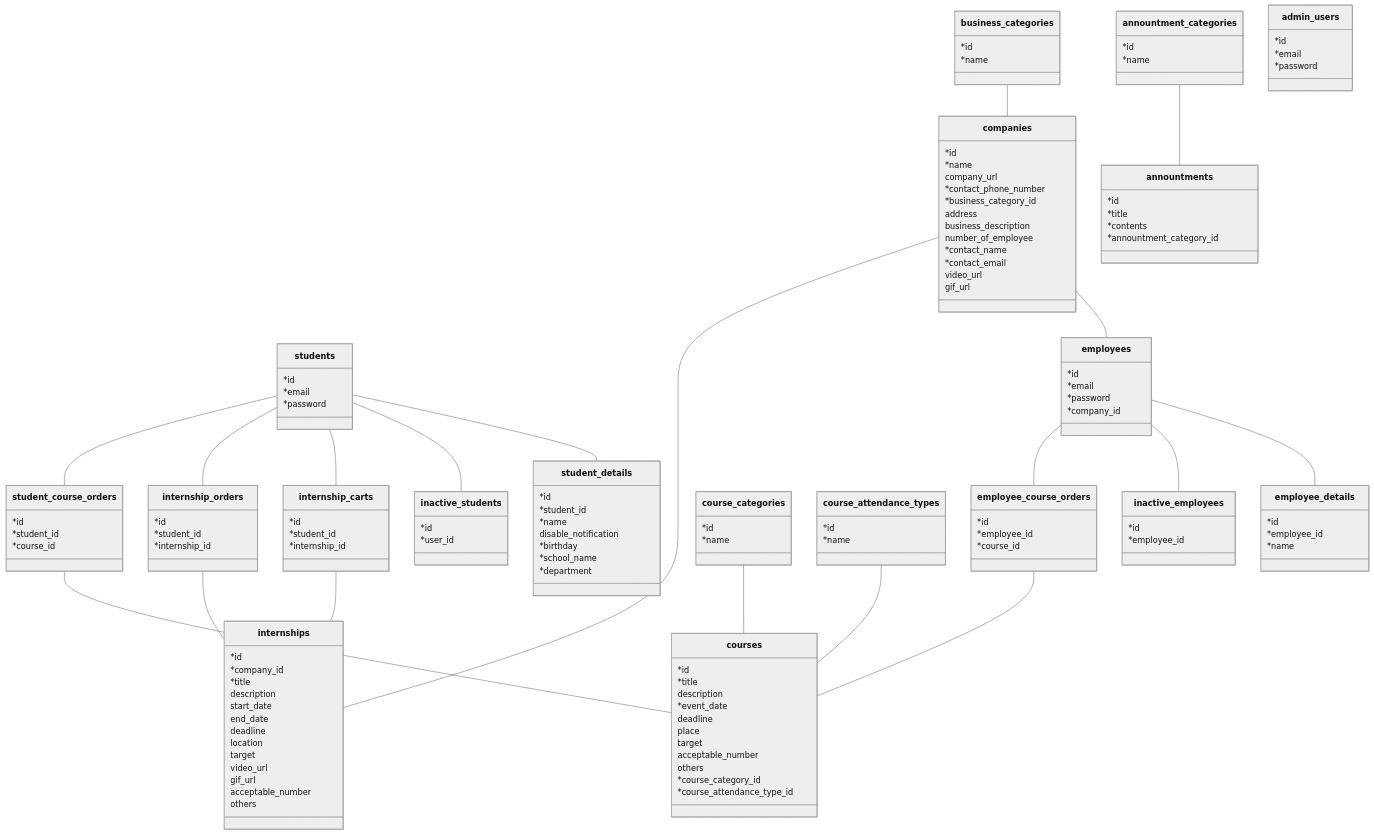
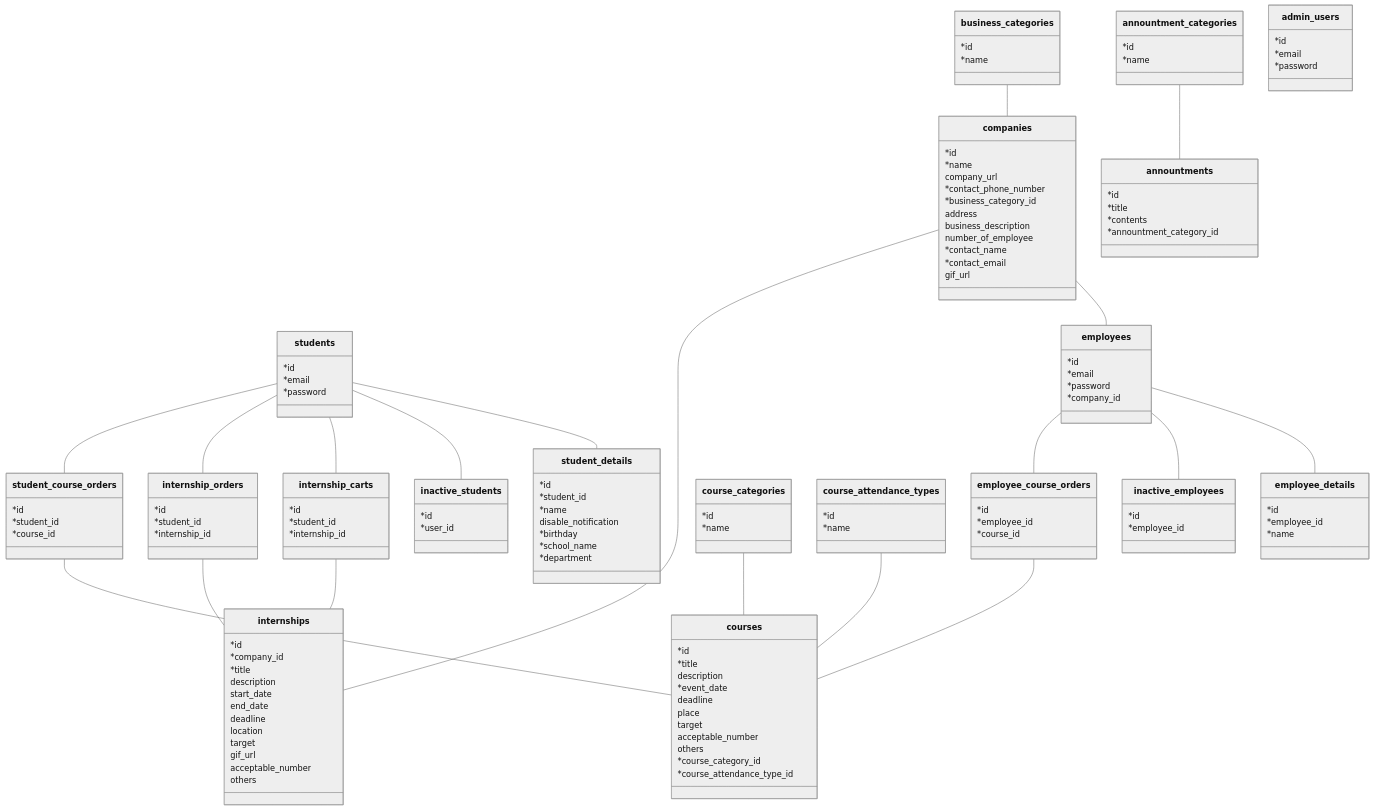
The diagram in docs/schema.md (youichiro/nagaoka-internship-site), drawn with Mermaid before and after one commit. The commit also changed 13 other files, not shown here.

```diff
--- a/docs/schema.md
+++ b/docs/schema.md
@@ -81,7 +81,6 @@
     number_of_employee
     *contact_name
     *contact_email
-    video_url
     gif_url
   }
 
@@ -100,7 +99,6 @@
     deadline
     location
     target
-    video_url
     gif_url
     acceptable_number
     others
```
